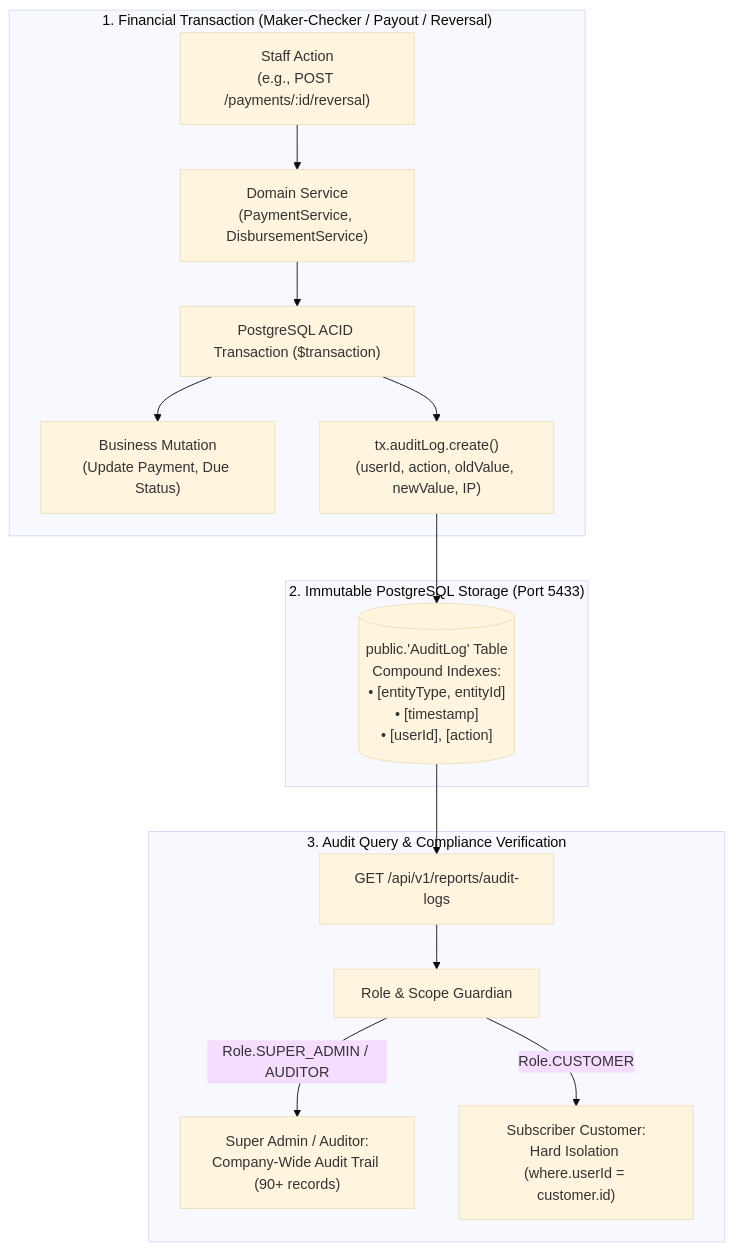
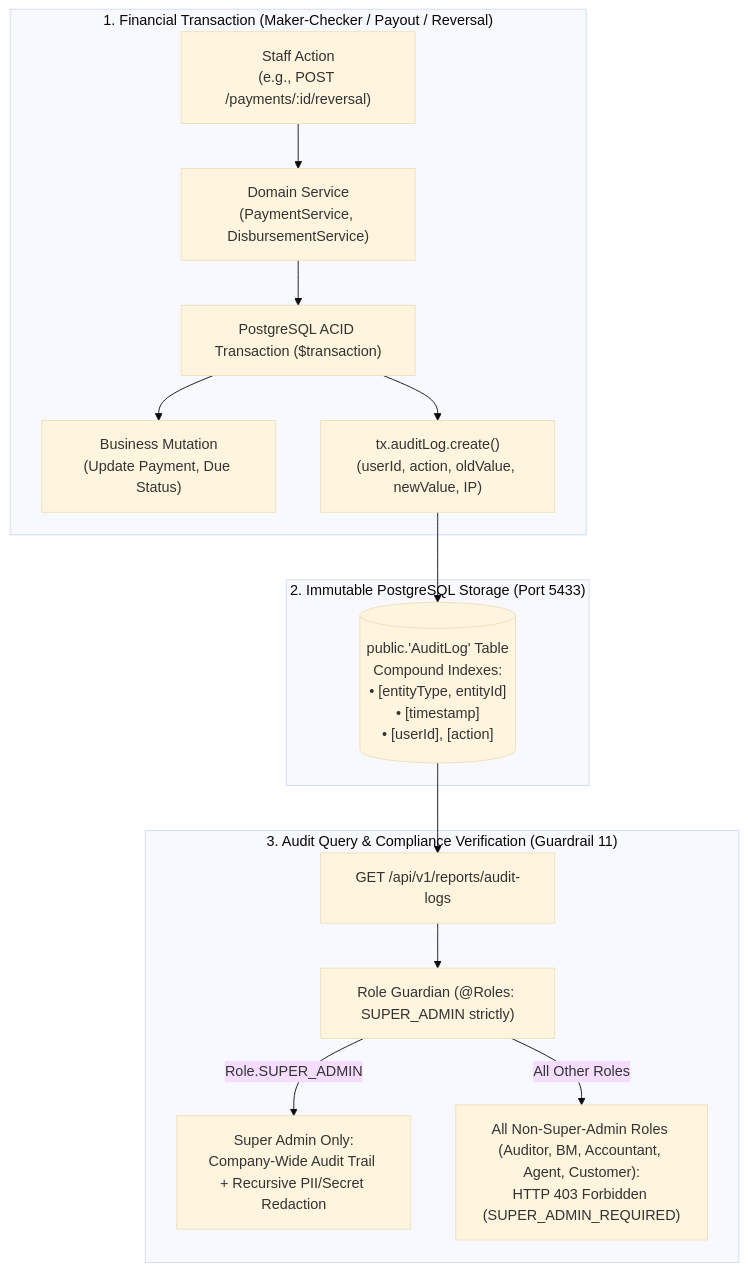
Before and after one commit to Kathir-24/Kumaran-finance: the seventh of 7 diagrams in docs/03-architecture/observability-and-monitoring-architecture.md, drawn with Mermaid (base theme). The commit also changed other lines of this file and 72 other files, not shown here.

````diff
--- a/docs/03-architecture/observability-and-monitoring-architecture.md
+++ b/docs/03-architecture/observability-and-monitoring-architecture.md
@@ -336,30 +336,30 @@
 ```mermaid
 flowchart TD
     subgraph MUTATION["1. Financial Transaction (Maker-Checker / Payout / Reversal)"]
         REQ["Staff Action\n(e.g., POST /payments/:id/reversal)"]
         SVC["Domain Service\n(PaymentService, DisbursementService)"]
         TX["PostgreSQL ACID Transaction ($transaction)"]
         DOM["Business Mutation\n(Update Payment, Due Status)"]
         AUD["tx.auditLog.create()\n(userId, action, oldValue, newValue, IP)"]
     end
 
     subgraph STORAGE["2. Immutable PostgreSQL Storage (Port 5433)"]
         TABLE[("public.'AuditLog' Table\nCompound Indexes:\n• [entityType, entityId]\n• [timestamp]\n• [userId], [action]")]
     end
 
-    subgraph QUERY["3. Audit Query & Compliance Verification"]
+    subgraph QUERY["3. Audit Query & Compliance Verification (Guardrail 11)"]
         GET["GET /api/v1/reports/audit-logs"]
-        AUTH["Role & Scope Guardian"]
-        ADMIN["Super Admin / Auditor:\nCompany-Wide Audit Trail (90+ records)"]
-        CUST["Subscriber Customer:\nHard Isolation (where.userId = customer.id)"]
+        AUTH["Role Guardian (@Roles: SUPER_ADMIN strictly)"]
+        ADMIN["Super Admin Only:\nCompany-Wide Audit Trail + Recursive PII/Secret Redaction"]
+        DENY["All Non-Super-Admin Roles (Auditor, BM, Accountant, Agent, Customer):\nHTTP 403 Forbidden (SUPER_ADMIN_REQUIRED)"]
     end
 
     REQ --> SVC --> TX
     TX --> DOM
     TX --> AUD
     AUD --> TABLE
     TABLE --> GET
     GET --> AUTH
-    AUTH -->|Role.SUPER_ADMIN / AUDITOR| ADMIN
-    AUTH -->|Role.CUSTOMER| CUST
+    AUTH -->|Role.SUPER_ADMIN| ADMIN
+    AUTH -->|All Other Roles| DENY
 ```
````
